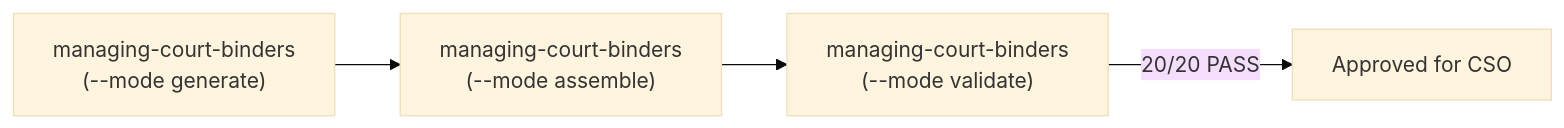
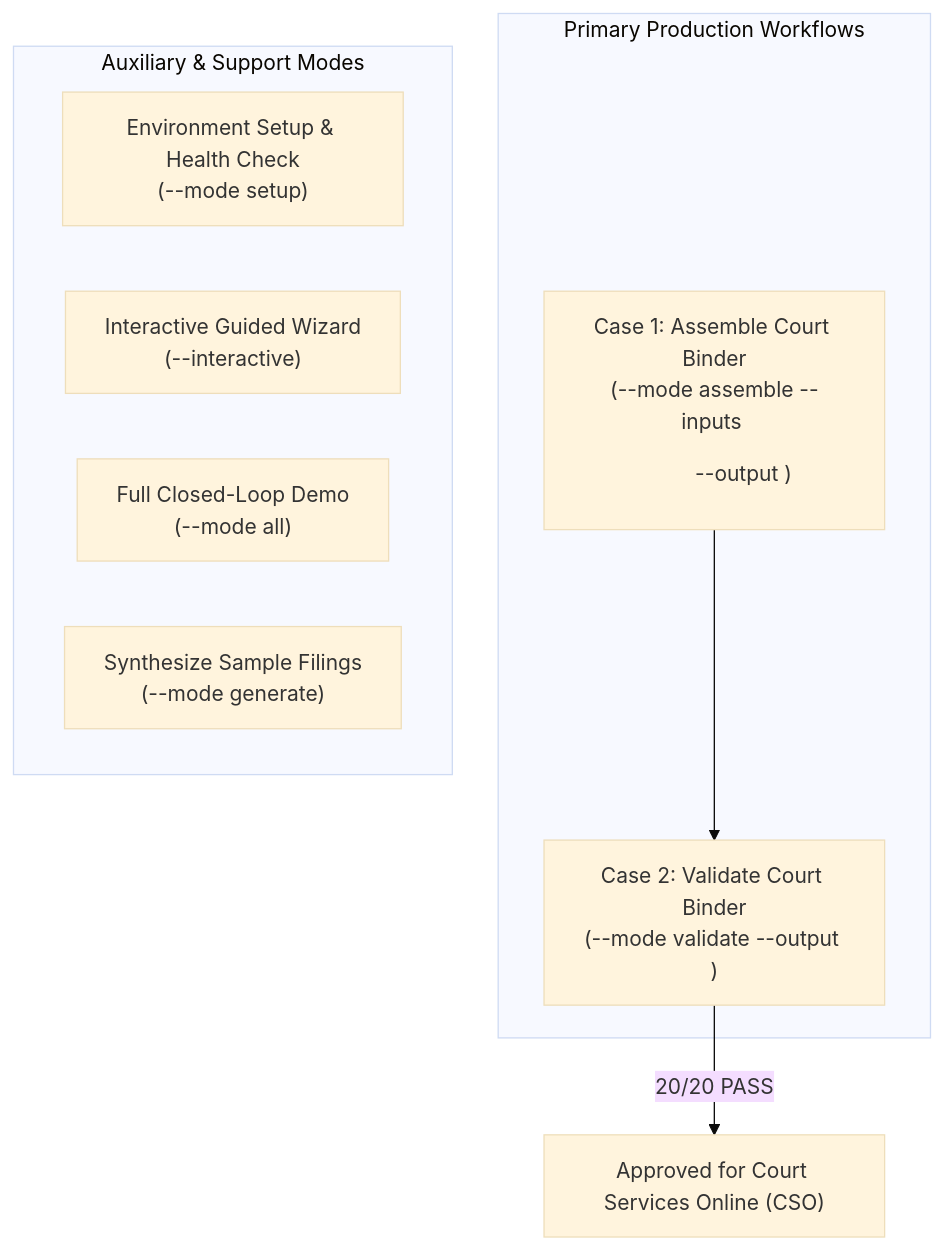
One commit to bcgov/bc-court-binder-builder changed the diagram in AGENTS.md. Above: the diagram before and after it, drawn with Mermaid (base theme). The commit also changed other lines of this file and 4 other files, not shown here.

Commit message:
docs: update README, architecture.md, and AGENTS.md for single consolidated skill and self-contained references

````diff
--- a/AGENTS.md
+++ b/AGENTS.md
@@ -69,6 +69,17 @@
 ```mermaid
-flowchart LR
-    G["managing-court-binders<br/>(--mode generate)"] --> A["managing-court-binders<br/>(--mode assemble)"]
-    A --> V["managing-court-binders<br/>(--mode validate)"]
-    V -->|20/20 PASS| S["Approved for CSO"]
+flowchart TD
+    subgraph PrimaryWorkflows["Primary Production Workflows"]
+        Case1["Case 1: Assemble Court Binder<br/>(--mode assemble --inputs <dir> --output <file>)"]
+        Case2["Case 2: Validate Court Binder<br/>(--mode validate --output <file>)"]
+    end
+
+    subgraph AuxiliaryModes["Auxiliary & Support Modes"]
+        Setup["Environment Setup & Health Check<br/>(--mode setup)"]
+        Wizard["Interactive Guided Wizard<br/>(--interactive)"]
+        Demo["Full Closed-Loop Demo<br/>(--mode all)"]
+        Gen["Synthesize Sample Filings<br/>(--mode generate)"]
+    end
+
+    Case1 --> Case2
+    Case2 -->|20/20 PASS| Approved["Approved for Court Services Online (CSO)"]
 ```
````
